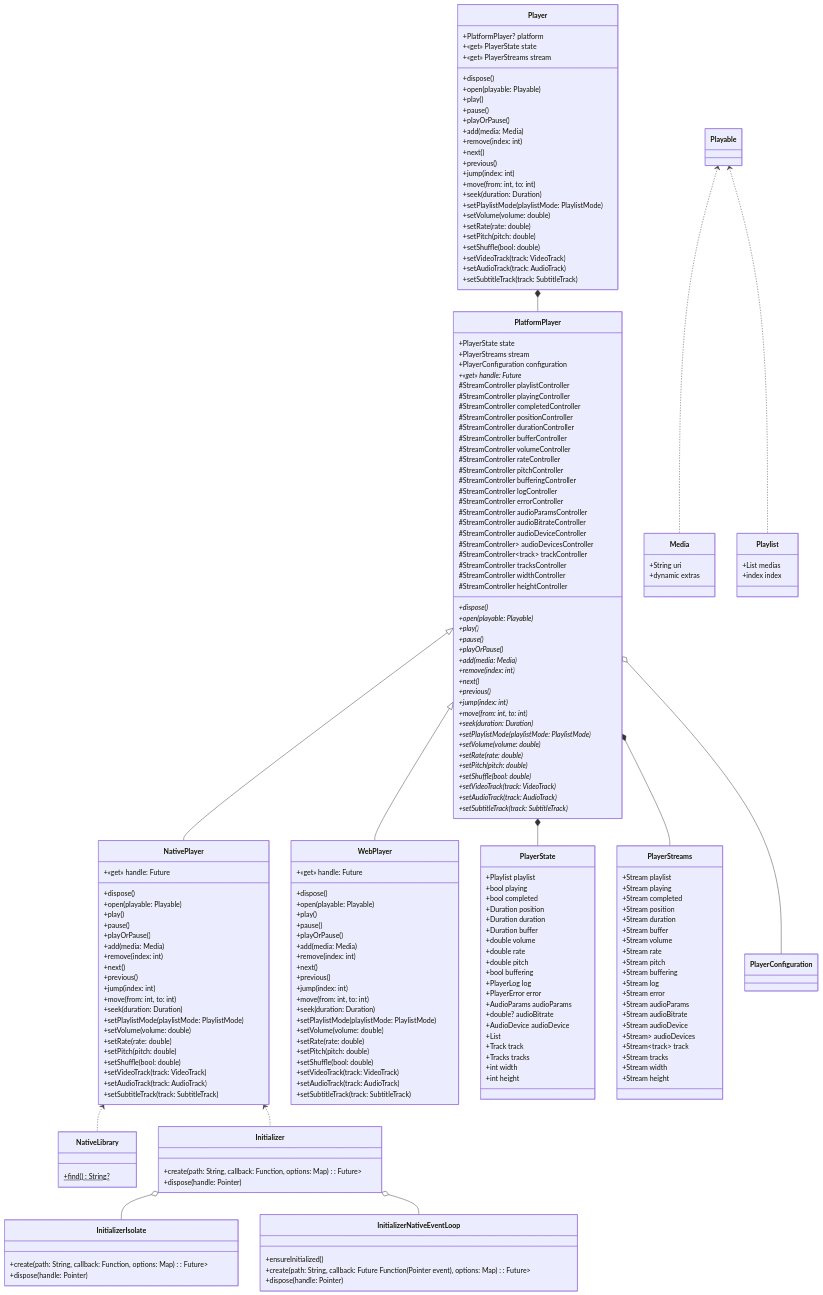
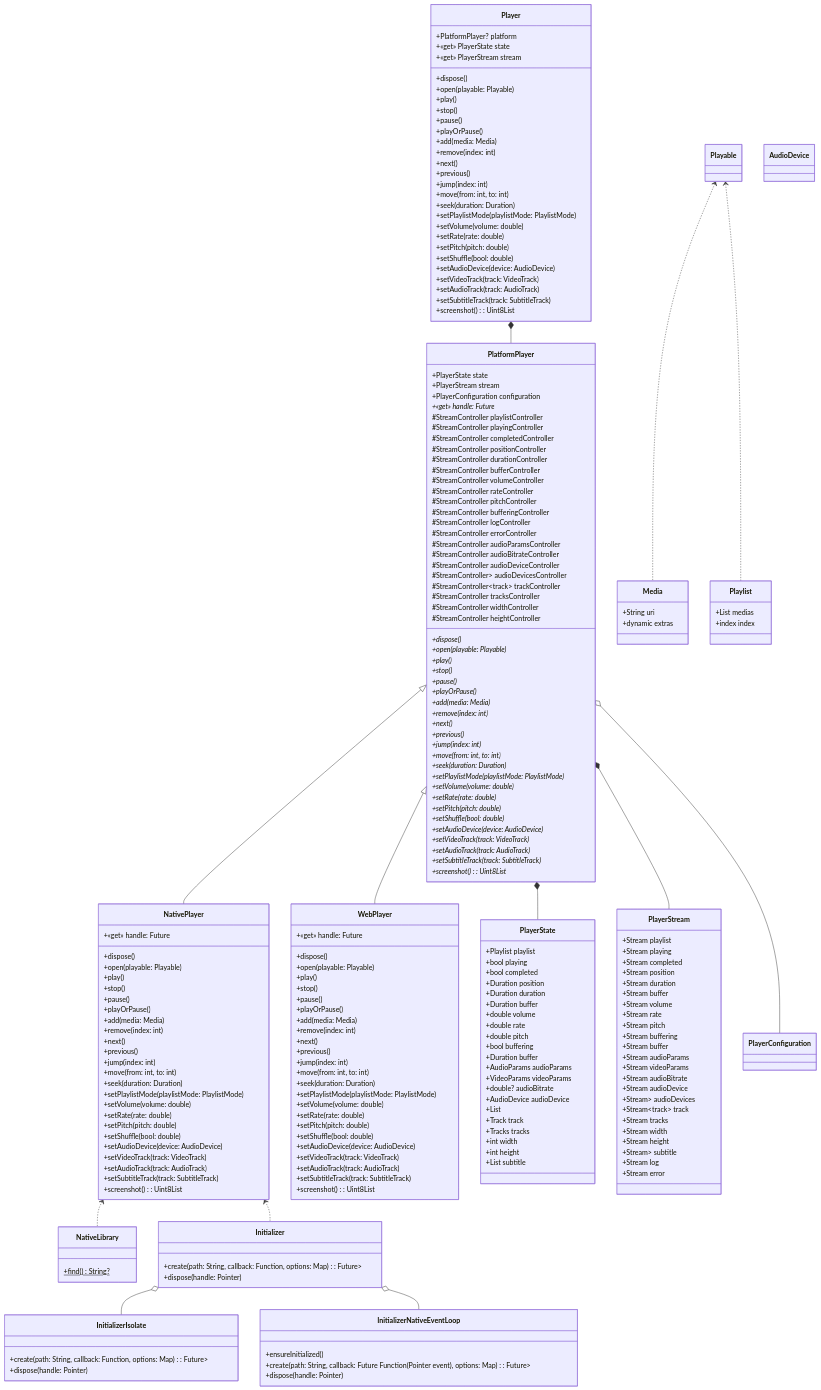
Before and after one commit to coolight7/media-kit: the first of 4 diagrams in README.md, drawn with Mermaid.

Commit message:
docs: update package:media_kit architecture
[skip ci]

```diff
--- a/README.md
+++ b/README.md
@@ -1714,7 +1714,7 @@
   PlatformPlayer <|-- NativePlayer
   PlatformPlayer <|-- WebPlayer
   PlatformPlayer *-- PlayerState
-  PlatformPlayer *-- PlayerStreams
+  PlatformPlayer *-- PlayerStream
   PlatformPlayer o-- PlayerConfiguration
 
   NativePlayer <.. NativeLibrary
@@ -1743,6 +1743,9 @@
 
   class Playable {
   }
+
+  class AudioDevice {
+  }
   
   class Media {
     +String uri
@@ -1754,7 +1757,7 @@
     +index index
   }
 
-  class PlayerStreams {
+  class PlayerStream {
     +Stream<Playlist> playlist
     +Stream<bool> playing
     +Stream<bool> completed
@@ -1765,9 +1768,9 @@
     +Stream<double> rate
     +Stream<double> pitch
     +Stream<bool> buffering
-    +Stream<PlayerLog> log
-    +Stream<PlayerError> error
+    +Stream<Duration> buffer
     +Stream<AudioParams> audioParams
+    +Stream<VideoParams> videoParams
     +Stream<double?> audioBitrate
     +Stream<AudioDevice> audioDevice
     +Stream<List<AudioDevice>> audioDevices
@@ -1775,6 +1778,9 @@
     +Stream<Tracks> tracks
     +Stream<int> width
     +Stream<int> height
+    +Stream<List<String>> subtitle
+    +Stream<PlayerLog> log
+    +Stream<String> error
   }
 
   class PlayerState {
@@ -1788,9 +1794,9 @@
     +double rate
     +double pitch
     +bool buffering
-    +PlayerLog log
-    +PlayerError error
+    +Duration buffer
     +AudioParams audioParams
+    +VideoParams videoParams
     +double? audioBitrate
     +AudioDevice audioDevice
     +List<AudioDevice audioDevices
@@ -1798,17 +1804,19 @@
     +Tracks tracks
     +int width
     +int height
+    +List<String> subtitle
   }
 
   class Player {
     +PlatformPlayer? platform
 
     +«get» PlayerState state
-    +«get» PlayerStreams stream
+    +«get» PlayerStream stream
 
     +dispose()
     +open(playable: Playable)
     +play()
+    +stop()
     +pause()
     +playOrPause()
     +add(media: Media)
@@ -1823,19 +1831,22 @@
     +setRate(rate: double)
     +setPitch(pitch: double)
     +setShuffle(bool: double)
+    +setAudioDevice(device: AudioDevice)
     +setVideoTrack(track: VideoTrack)
     +setAudioTrack(track: AudioTrack)
     +setSubtitleTrack(track: SubtitleTrack)
+    +screenshot(): Uint8List
   }
 
   class PlatformPlayer {
     +PlayerState state
-    +PlayerStreams stream
+    +PlayerStream stream
     +PlayerConfiguration configuration
     
     +dispose()*
     +open(playable: Playable)*
     +play()*
+    +stop()*
     +pause()*
     +playOrPause()*
     +add(media: Media)*
@@ -1850,9 +1861,11 @@
     +setRate(rate: double)*
     +setPitch(pitch: double)*
     +setShuffle(bool: double)*
+    +setAudioDevice(device: AudioDevice)*
     +setVideoTrack(track: VideoTrack)*
     +setAudioTrack(track: AudioTrack)*
     +setSubtitleTrack(track: SubtitleTrack)*
+    +screenshot(): Uint8List*
 
     +«get» handle: Future<int>*
 
@@ -1882,6 +1895,7 @@
     +dispose()
     +open(playable: Playable)
     +play()
+    +stop()
     +pause()
     +playOrPause()
     +add(media: Media)
@@ -1896,9 +1910,11 @@
     +setRate(rate: double)
     +setPitch(pitch: double)
     +setShuffle(bool: double)
+    +setAudioDevice(device: AudioDevice)
     +setVideoTrack(track: VideoTrack)
     +setAudioTrack(track: AudioTrack)
     +setSubtitleTrack(track: SubtitleTrack)
+    +screenshot(): Uint8List
 
     +«get» handle: Future<int>
   }
@@ -1907,6 +1923,7 @@
     +dispose()
     +open(playable: Playable)
     +play()
+    +stop()
     +pause()
     +playOrPause()
     +add(media: Media)
@@ -1921,9 +1938,11 @@
     +setRate(rate: double)
     +setPitch(pitch: double)
     +setShuffle(bool: double)
+    +setAudioDevice(device: AudioDevice)
     +setVideoTrack(track: VideoTrack)
     +setAudioTrack(track: AudioTrack)
     +setSubtitleTrack(track: SubtitleTrack)
+    +screenshot(): Uint8List
 
     +«get» handle: Future<int>
   }
```
